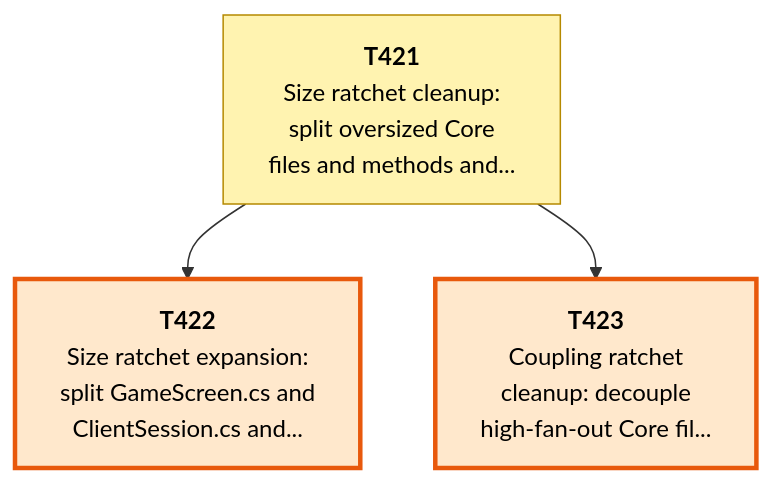
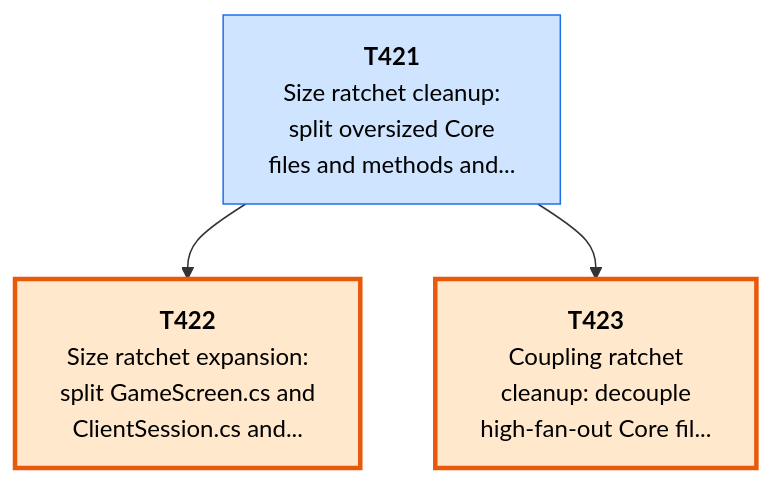
The second of 5 diagrams in csharp/migration/DEPENDENCY_MAP.md (Kenmura/UncivSharp), drawn with Mermaid before and after one commit. The commit also changed other lines of this file and 24 other files, not shown here.

````diff
--- a/csharp/migration/DEPENDENCY_MAP.md
+++ b/csharp/migration/DEPENDENCY_MAP.md
@@ -86,18 +86,18 @@
 ```mermaid
 flowchart TD
   T421["<b>T421</b><br/>Size ratchet cleanup:<br/>split oversized Core<br/>files and methods and..."]
   T422["<b>T422</b><br/>Size ratchet expansion:<br/>split GameScreen.cs and<br/>ClientSession.cs and..."]
   T423["<b>T423</b><br/>Coupling ratchet<br/>cleanup: decouple<br/>high-fan-out Core fil..."]
   T421 --> T422
   T421 --> T423
   classDef waiting fill:#f3faf3,stroke:#9bc49b,color:#555,stroke-dasharray:2 2
   classDef ondeck fill:#ffe8cc,stroke:#e8590c,stroke-width:3px,color:#000
   classDef ready fill:#7ee787,stroke:#1a7f37,stroke-width:3px,color:#000
   classDef prog fill:#fff3b0,stroke:#b58900,color:#000
   classDef review fill:#cfe4ff,stroke:#1f6feb,color:#000
   classDef blocked fill:#ffd6d6,stroke:#c62828,color:#000
   classDef done fill:#eeeeee,stroke:#999999,color:#666,stroke-dasharray:4 3
-  class T421 prog
+  class T421 review
   class T422 ondeck
   class T423 ondeck
 ```
````
